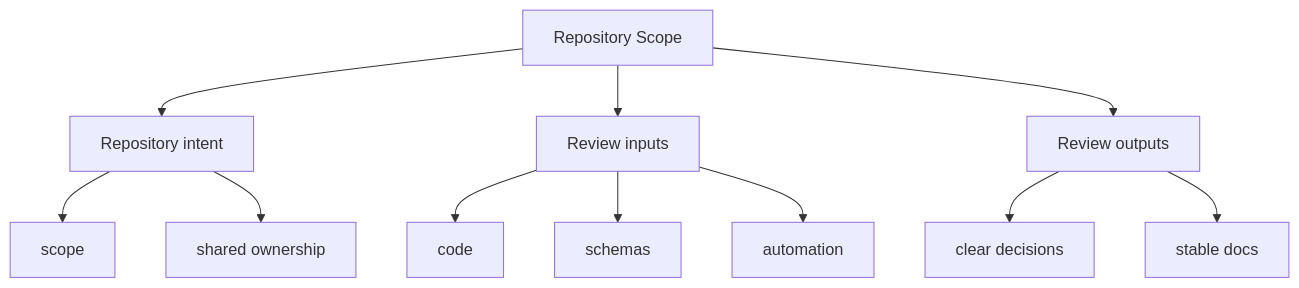
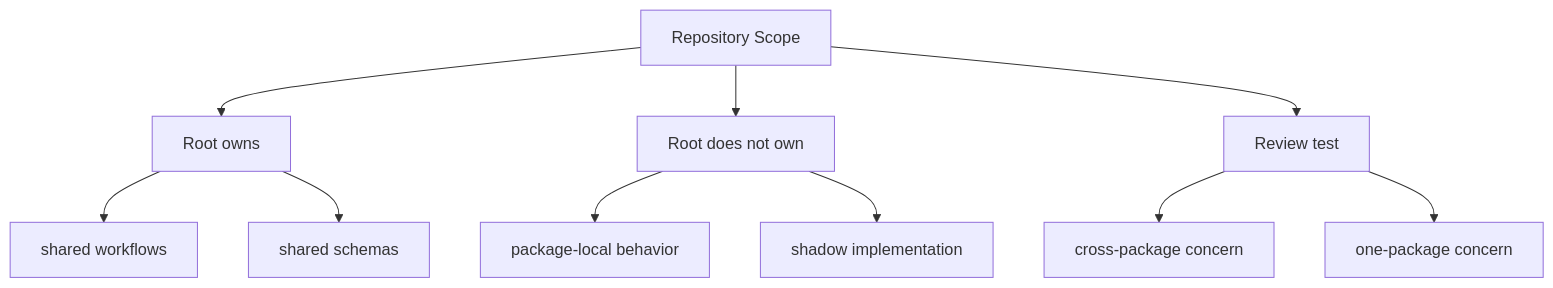
Before and after one commit to bijux/bijux-canon: the second of 2 diagrams in docs/bijux-canon/repository-scope.md, drawn with Mermaid. The commit also changed other lines of this file and 11 other files, not shown here.

Commit message:
docs(diagrams): clarify root handbook maps

````diff
--- a/docs/bijux-canon/repository-scope.md
+++ b/docs/bijux-canon/repository-scope.md
@@ -37,24 +37,22 @@
 ```mermaid
 flowchart TD
     page["Repository Scope"]
-    focus1["Repository intent"]
+    focus1["Root owns"]
     page --> focus1
-    focus1_1["scope"]
+    focus1_1["shared workflows"]
     focus1 --> focus1_1
-    focus1_2["shared ownership"]
+    focus1_2["shared schemas"]
     focus1 --> focus1_2
-    focus2["Review inputs"]
+    focus2["Root does not own"]
     page --> focus2
-    focus2_1["code"]
+    focus2_1["package-local behavior"]
     focus2 --> focus2_1
-    focus2_2["schemas"]
+    focus2_2["shadow implementation"]
     focus2 --> focus2_2
-    focus2_3["automation"]
-    focus2 --> focus2_3
-    focus3["Review outputs"]
+    focus3["Review test"]
     page --> focus3
-    focus3_1["clear decisions"]
+    focus3_1["cross-package concern"]
     focus3 --> focus3_1
-    focus3_2["stable docs"]
+    focus3_2["one-package concern"]
     focus3 --> focus3_2
 ```
````
